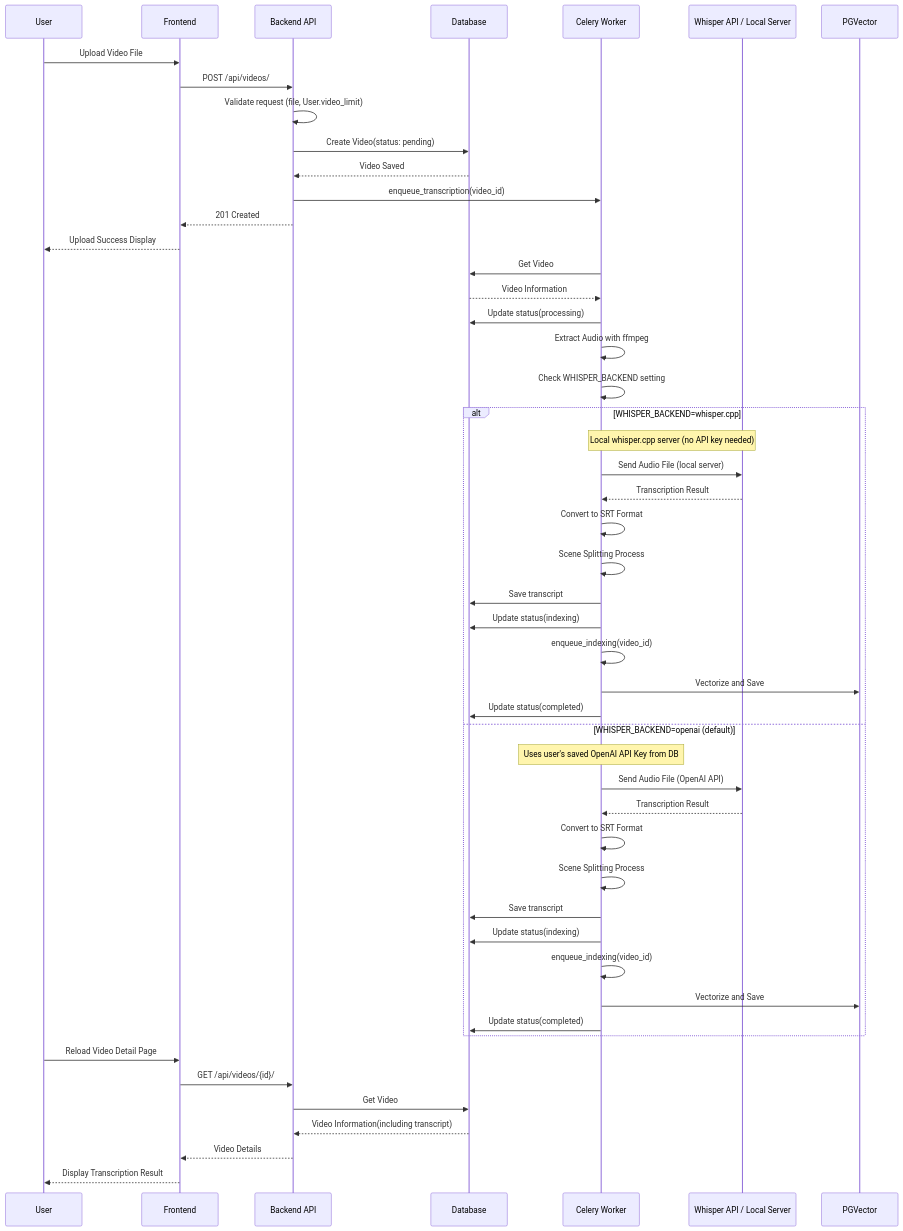
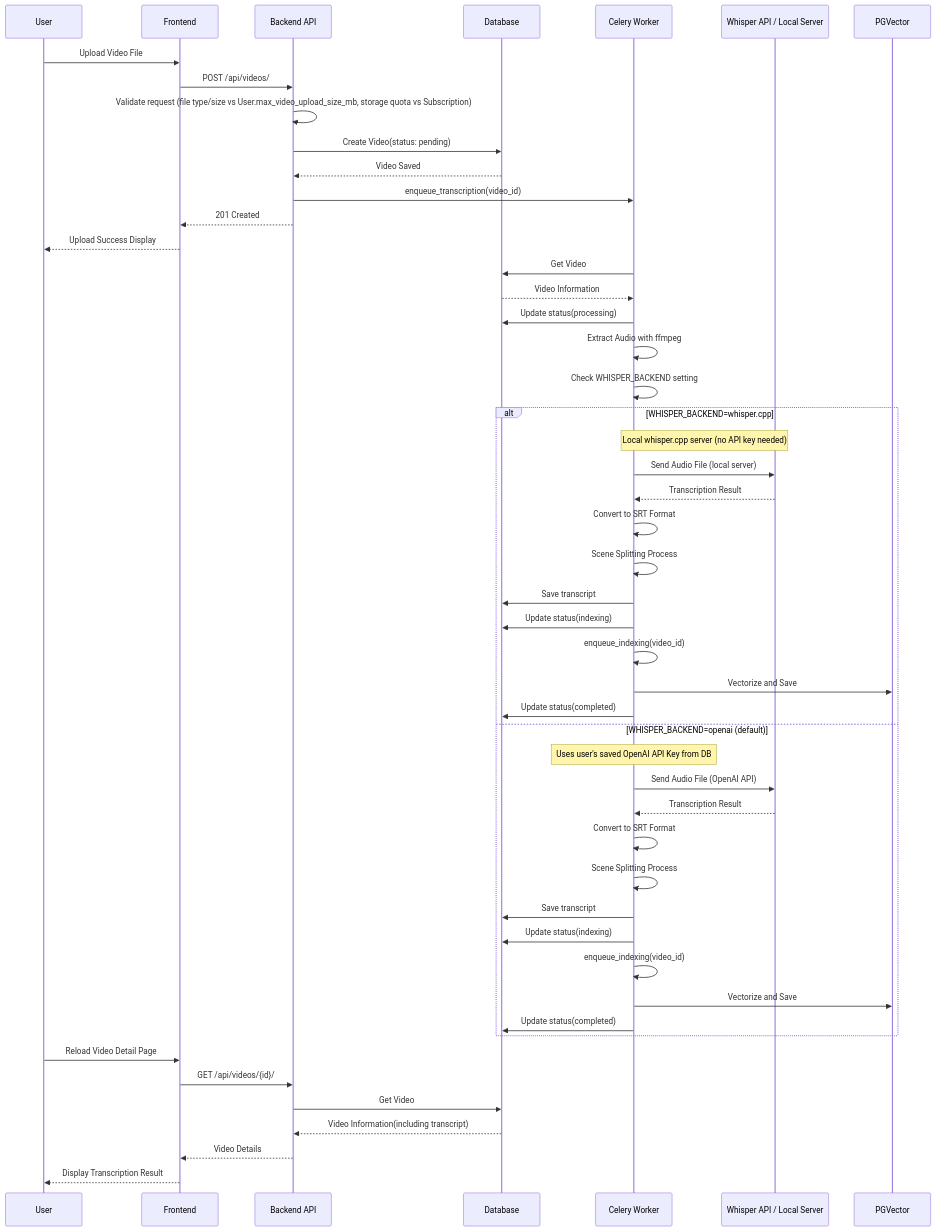
The first of 11 diagrams in docs/design/sequence-diagram.md (yukiharada1228/videoq), drawn with Mermaid before and after one commit. The commit also changed 12 other files, not shown here.

````diff
--- a/docs/design/sequence-diagram.md
+++ b/docs/design/sequence-diagram.md
@@ -9,55 +9,55 @@
 ```mermaid
 sequenceDiagram
     participant User as User
     participant Frontend as Frontend
     participant Backend as Backend API
     participant DB as Database
     participant Celery as Celery Worker
     participant Whisper as Whisper API / Local Server
     participant PGVector as PGVector
 
     User->>Frontend: Upload Video File
     Frontend->>Backend: POST /api/videos/
-    Backend->>Backend: Validate request (file, User.video_limit)
+    Backend->>Backend: Validate request (file type/size vs User.max_video_upload_size_mb, storage quota vs Subscription)
     Backend->>DB: Create Video(status: pending)
     DB-->>Backend: Video Saved
     Backend->>Celery: enqueue_transcription(video_id)
     Backend-->>Frontend: 201 Created
     Frontend-->>User: Upload Success Display
 
     Celery->>DB: Get Video
     DB-->>Celery: Video Information
     Celery->>DB: Update status(processing)
     Celery->>Celery: Extract Audio with ffmpeg
     Celery->>Celery: Check WHISPER_BACKEND setting
     alt WHISPER_BACKEND=whisper.cpp
         Note over Celery,Whisper: Local whisper.cpp server (no API key needed)
         Celery->>Whisper: Send Audio File (local server)
         Whisper-->>Celery: Transcription Result
         Celery->>Celery: Convert to SRT Format
         Celery->>Celery: Scene Splitting Process
         Celery->>DB: Save transcript
         Celery->>DB: Update status(indexing)
         Celery->>Celery: enqueue_indexing(video_id)
         Celery->>PGVector: Vectorize and Save
         Celery->>DB: Update status(completed)
     else WHISPER_BACKEND=openai (default)
         Note over Celery: Uses user's saved OpenAI API Key from DB
         Celery->>Whisper: Send Audio File (OpenAI API)
         Whisper-->>Celery: Transcription Result
         Celery->>Celery: Convert to SRT Format
         Celery->>Celery: Scene Splitting Process
         Celery->>DB: Save transcript
         Celery->>DB: Update status(indexing)
         Celery->>Celery: enqueue_indexing(video_id)
         Celery->>PGVector: Vectorize and Save
         Celery->>DB: Update status(completed)
     end
     
     User->>Frontend: Reload Video Detail Page
     Frontend->>Backend: GET /api/videos/{id}/
     Backend->>DB: Get Video
     DB-->>Backend: Video Information(including transcript)
     Backend-->>Frontend: Video Details
     Frontend-->>User: Display Transcription Result
 ```
````
